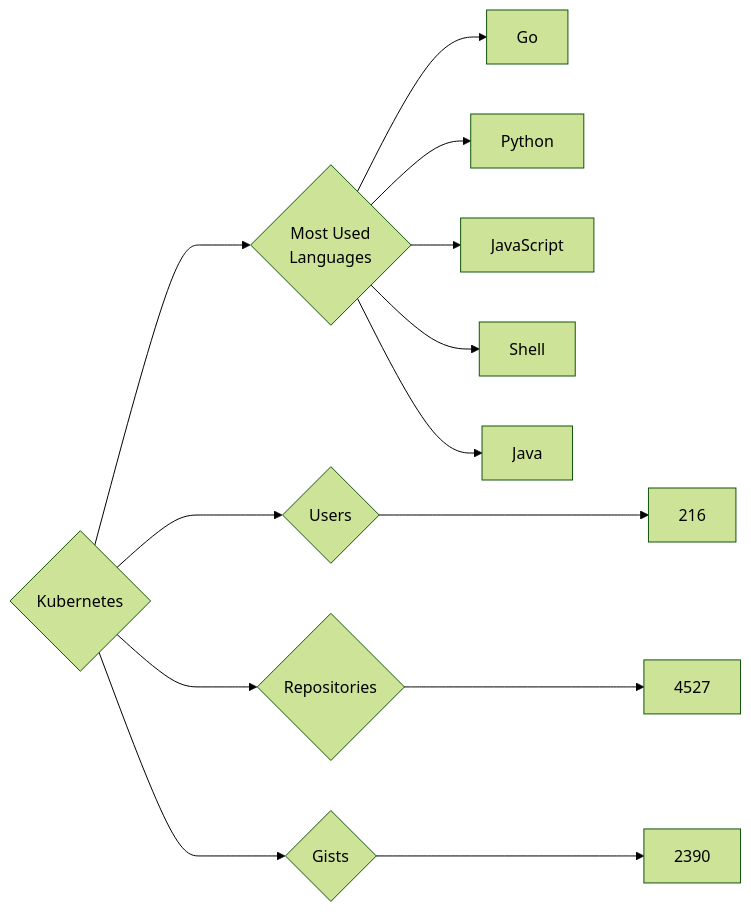
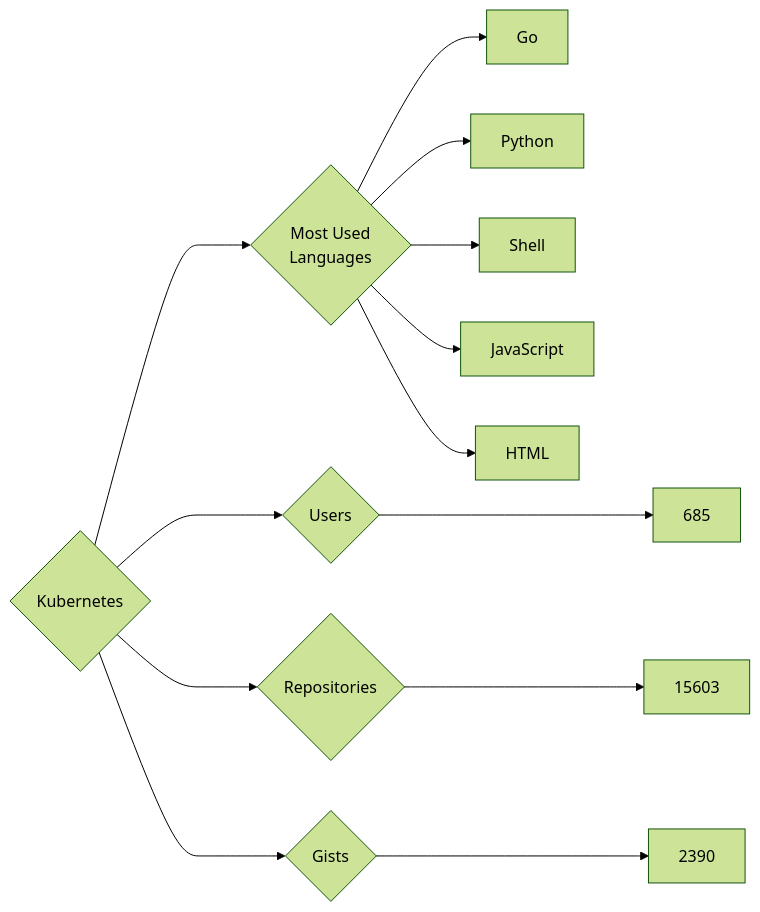
Before and after one commit to trickest/insiders: the diagram in targets/Kubernetes/README.md, drawn with Mermaid (forest theme). The commit also changed 899 other files, not shown here.

````diff
--- a/targets/Kubernetes/README.md
+++ b/targets/Kubernetes/README.md
@@ -3,13 +3,13 @@
 ```mermaid
 graph LR
 COMPANY_NAME{Kubernetes}
-COMPANY_NAME ---> U{Users} ---> UN[216]
-COMPANY_NAME ---> R{Repositories} ---> RN[4527]
+COMPANY_NAME ---> U{Users} ---> UN[685]
+COMPANY_NAME ---> R{Repositories} ---> RN[15603]
 COMPANY_NAME ---> G{Gists} ---> GN[2390]
 COMPANY_NAME ---> ML{Most Used<br>Languages}
 ML --> Go[Go]
 ML --> Python[Python]
+ML --> Shell[Shell]
 ML --> JavaScript[JavaScript]
-ML --> Shell[Shell]
-ML --> Java[Java]
+ML --> HTML[HTML]
 ```
````
